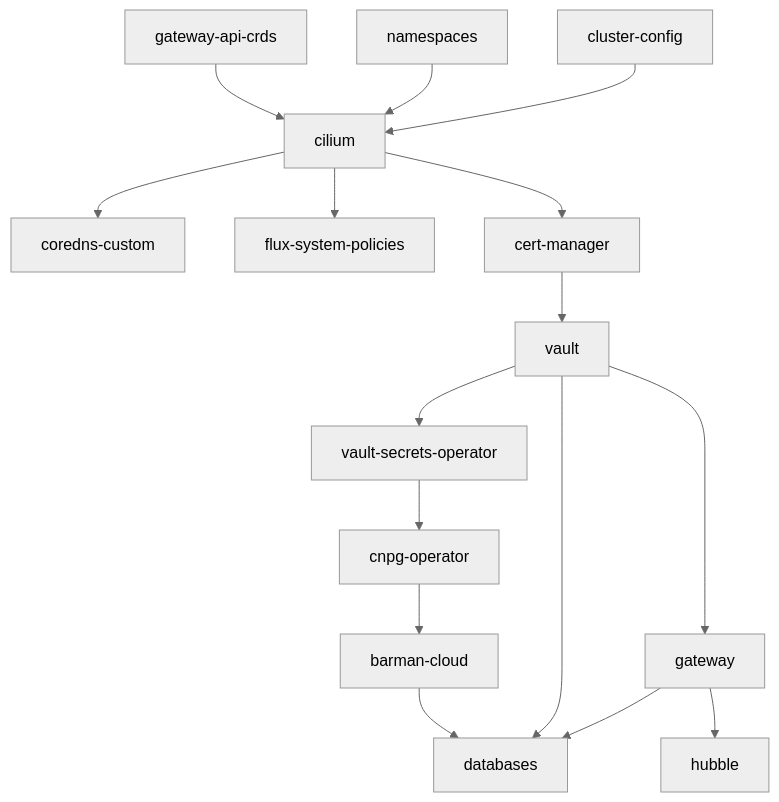
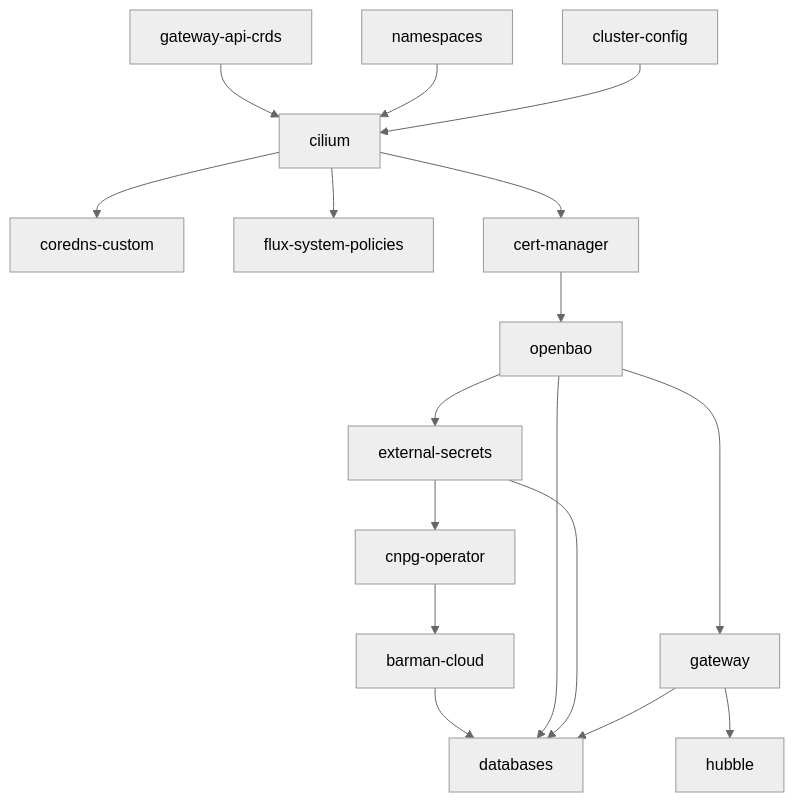
The diagram in INSTALLATION.md (DragonBishop/data_science_cluster), drawn with Mermaid (neutral theme) before and after one commit. The commit also changed other lines of this file and 2 other files, not shown here.

First line of the commit message:
docs: document OpenBao and External Secrets Operator

````diff
--- a/INSTALLATION.md
+++ b/INSTALLATION.md
@@ -275,26 +275,27 @@
 ```mermaid
 flowchart TD
     %% Base Foundations
     crds["gateway-api-crds"] --> cilium["cilium"]
     ns["namespaces"] --> cilium
     cc["cluster-config"] --> cilium
 
     %% Core Services & PKI
     cilium --> coredns["coredns-custom"]
     cilium --> fluxpolicies["flux-system-policies"]
     cilium --> certmgr["cert-manager"]
-    certmgr --> vault["vault"]
+    certmgr --> openbao["openbao"]
 
     %% Platform Services
-    vault --> vso["vault-secrets-operator"]
-    vso --> cnpg["cnpg-operator"]
+    openbao --> eso["external-secrets"]
+    eso --> cnpg["cnpg-operator"]
     cnpg --> barman["barman-cloud"]
 
-    vault --> gw["gateway"]
+    openbao --> gw["gateway"]
     gw --> hubble["hubble"]
 
     %% Applications
     barman --> db["databases"]
-    vault --> db
+    openbao --> db
+    eso --> db
     gw --> db
 ```
````
